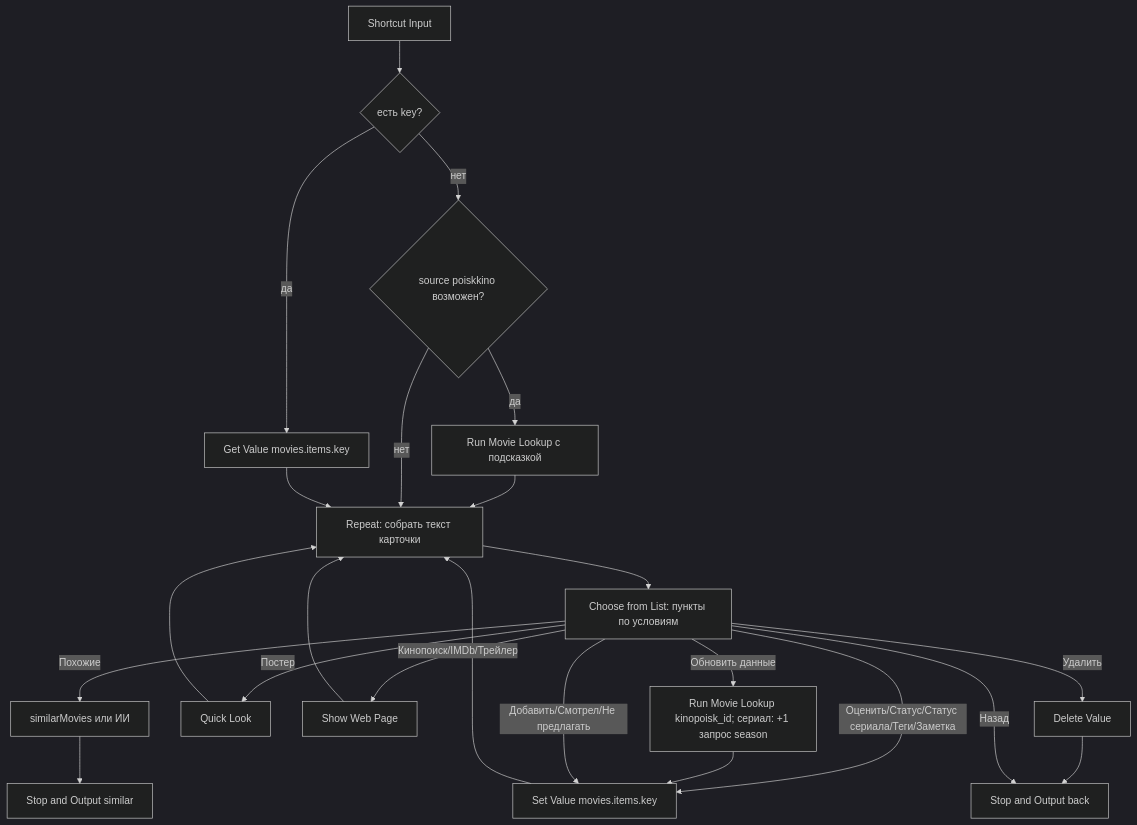
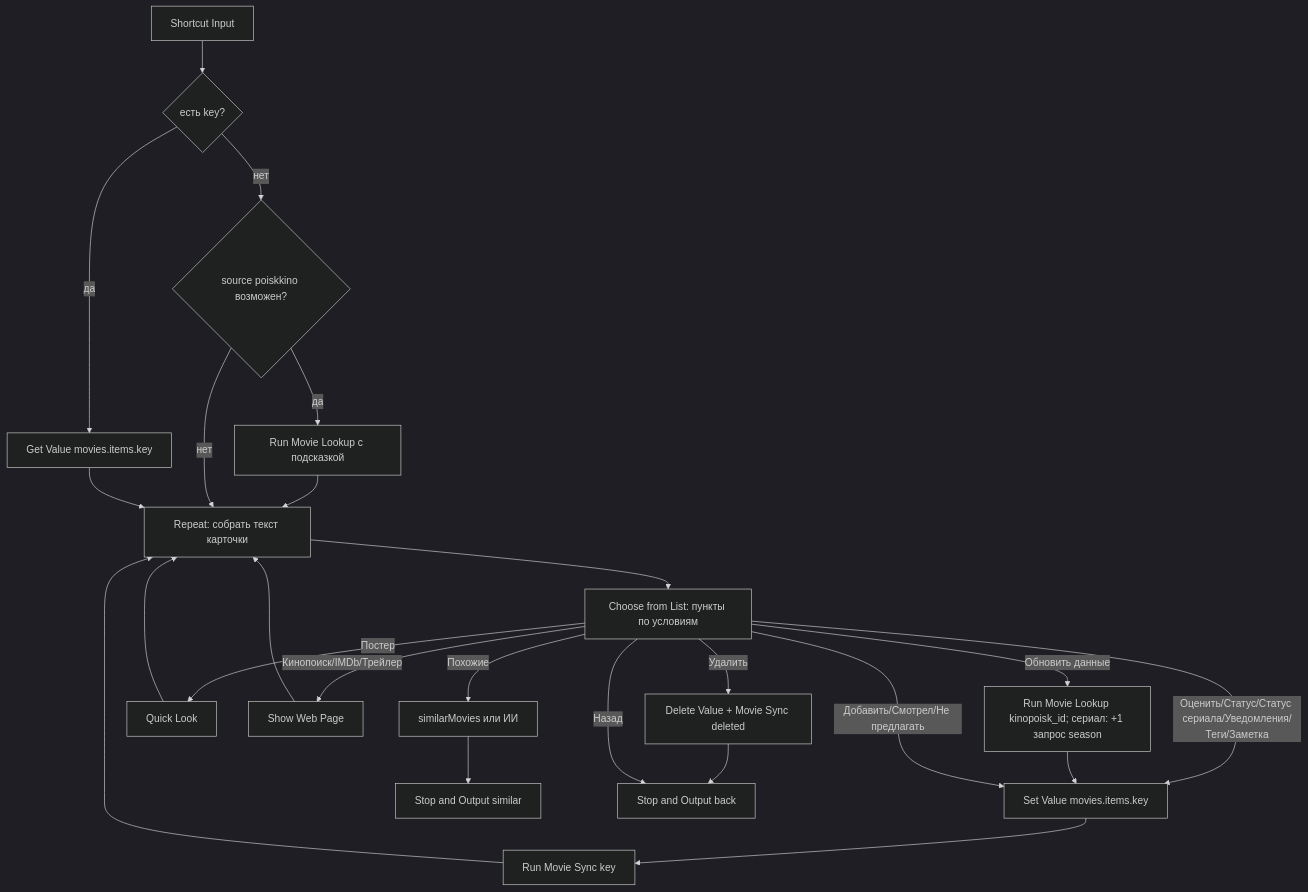
The diagram in ios/shortcuts/card/README.md (Gamspi/movie_gallery), drawn with Mermaid (dark theme) before and after one commit. The commit also changed other lines of this file and 38 other files, not shown here.

Commit message:
feat(ios): Movie Sync shortcut with daily pull, push queue and episode progress; drop Movie Seasons

````diff
--- a/ios/shortcuts/card/README.md
+++ b/ios/shortcuts/card/README.md
@@ -27,18 +27,18 @@
 ```mermaid
 flowchart TD
     In[Shortcut Input] --> K{есть key?}
     K -->|да| Load[Get Value movies.items.key]
     K -->|нет| Lazy{source poiskkino возможен?}
     Lazy -->|да| LU[Run Movie Lookup с подсказкой] --> R
     Lazy -->|нет| R
     Load --> R[Repeat: собрать текст карточки]
     R --> Menu[Choose from List: пункты по условиям]
-    Menu -->|Оценить/Статус/Статус сериала/Теги/Заметка| Save[Set Value movies.items.key] --> R
+    Menu -->|Оценить/Статус/Статус сериала/Уведомления/Теги/Заметка| Save[Set Value movies.items.key] --> Push[Run Movie Sync key] --> R
     Menu -->|Обновить данные| Upd[Run Movie Lookup kinopoisk_id; сериал: +1 запрос season] --> Save
     Menu -->|Постер| QL[Quick Look] --> R
     Menu -->|Кинопоиск/IMDb/Трейлер| Web[Show Web Page] --> R
     Menu -->|Похожие| Sim[similarMovies или ИИ] --> OutS[Stop and Output similar]
-    Menu -->|Удалить| Del[Delete Value] --> OutB
+    Menu -->|Удалить| Del[Delete Value + Movie Sync deleted] --> OutB
     Menu -->|Добавить/Смотрел/Не предлагать| Save
     Menu -->|Назад| OutB[Stop and Output back]
 ```
````
